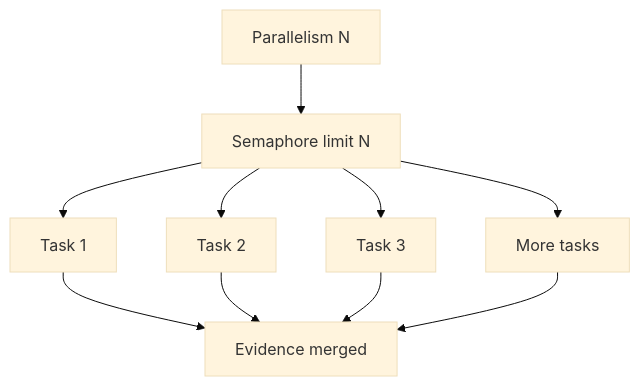
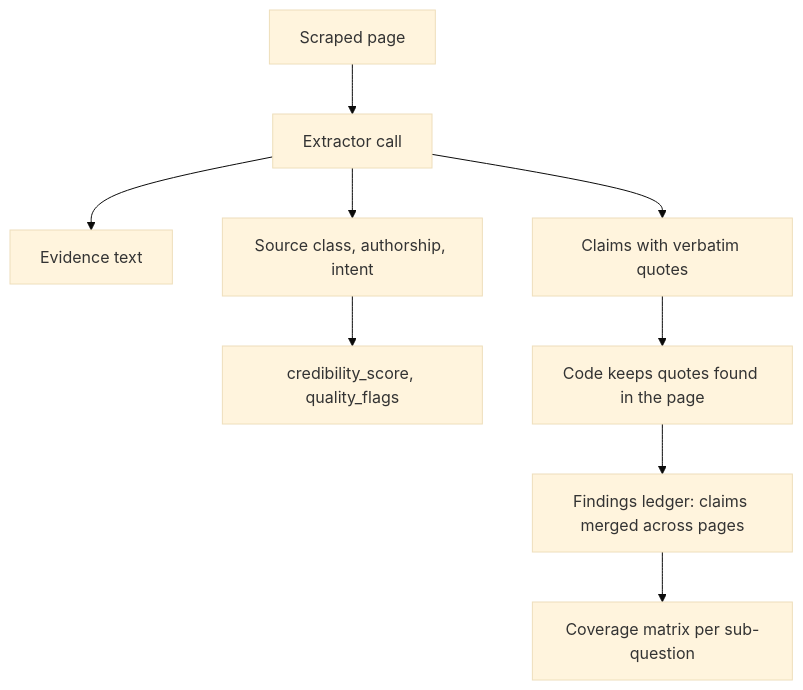
One commit to jolovicdev/shandu changed the third of 3 diagrams in ARCH.md. Above: the diagram before and after it, drawn with Mermaid (base theme). The commit also changed other lines of this file and 2 other files, not shown here.

First line of the commit message:
Describe the 4.0 research flow in the docs

````diff
--- a/ARCH.md
+++ b/ARCH.md
@@ -87,12 +85,11 @@
 ```mermaid
 flowchart TD
-    p[Parallelism N] --> sem[Semaphore limit N]
-    sem --> t1[Task 1]
-    sem --> t2[Task 2]
-    sem --> t3[Task 3]
-    sem --> tx[More tasks]
-    t1 --> out[Evidence merged]
-    t2 --> out
-    t3 --> out
-    tx --> out
+    page[Scraped page] --> extract[Extractor call]
+    extract --> text[Evidence text]
+    extract --> cls[Source class, authorship, intent]
+    extract --> claims[Claims with verbatim quotes]
+    cls --> score[credibility_score, quality_flags]
+    claims --> verify[Code keeps quotes found in the page]
+    verify --> findings[Findings ledger: claims merged across pages]
+    findings --> matrix[Coverage matrix per sub-question]
 ```
````
